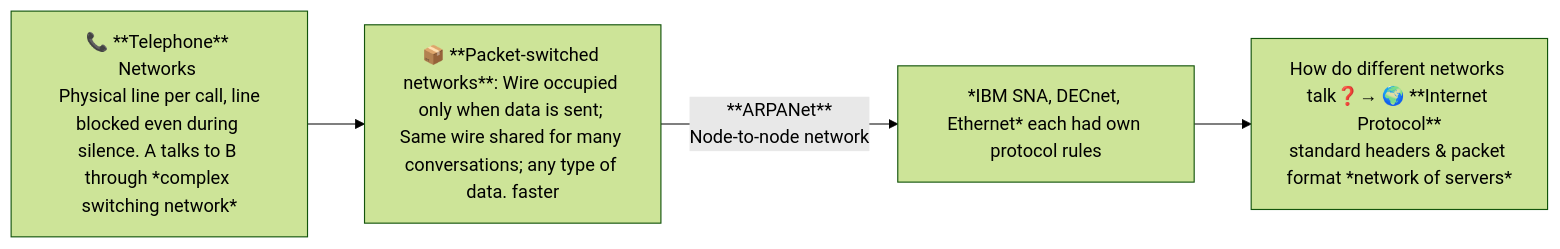
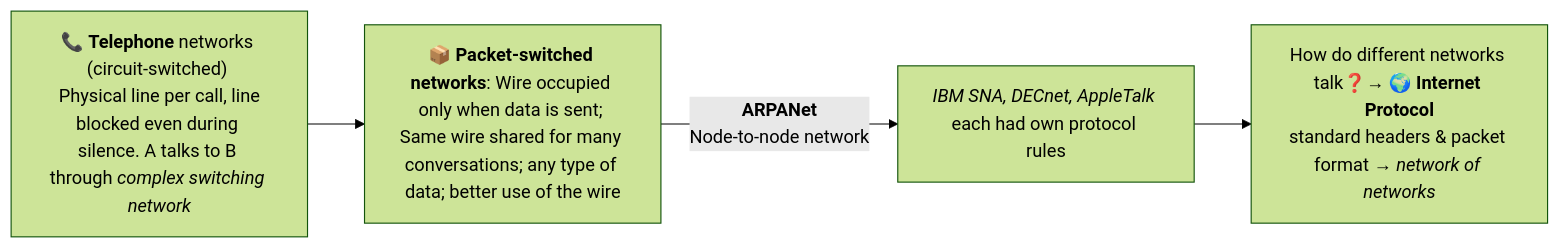
One commit to 23f2001665/mad1-notes-mine changed the first of 3 diagrams in week1/1-3-network-history-TCP.md. Above: the diagram before and after it, drawn with Mermaid (forest theme). The commit also changed other lines of this file and 34 other files, not shown here.

````diff
--- a/week1/1-3-network-history-TCP.md
+++ b/week1/1-3-network-history-TCP.md
@@ -7,11 +7,11 @@
 ```mermaid
 flowchart LR
     %% --- TOP BLOCK: Networking History & Protocols ---
-    A["📞 **Telephone** Networks <br> Physical line per call, line blocked even during silence. A talks to B through *complex switching network*"]
-    B["📦 **Packet-switched networks**: Wire occupied only when data is sent; Same wire shared for many conversations; any type of data. faster"]
-    proto["*IBM SNA, DECnet, Ethernet* each had own protocol rules"]
-    C["How do different networks talk❓→ 🌍 **Internet Protocol**<br>standard headers & packet format *network of servers*"]
+    A["📞 <b>Telephone</b> networks (circuit-switched) <br> Physical line per call, line blocked even during silence. A talks to B through <i>complex switching network</i>"]
+    B["📦 <b>Packet-switched networks</b>: Wire occupied only when data is sent; Same wire shared for many conversations; any type of data; better use of the wire"]
+    proto["<i>IBM SNA, DECnet, AppleTalk</i> each had own protocol rules"]
+    C["How do different networks talk❓→ 🌍 <b>Internet Protocol</b><br>standard headers & packet format → <i>network of networks</i>"]
 
-    A --> B --"**ARPANet**<br>Node-to-node network"--> proto  --> C
+    A --> B --"<b>ARPANet</b><br>Node-to-node network"--> proto  --> C
 
 ```
````
